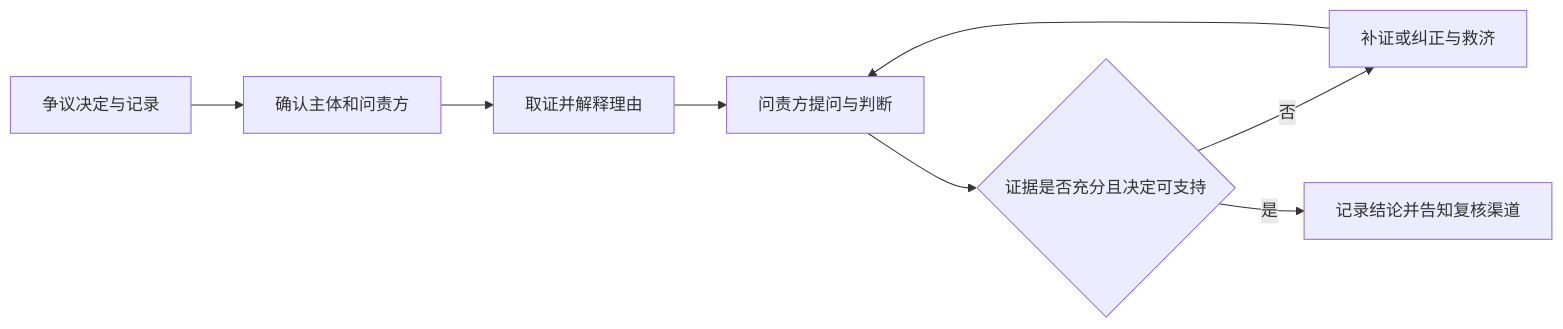
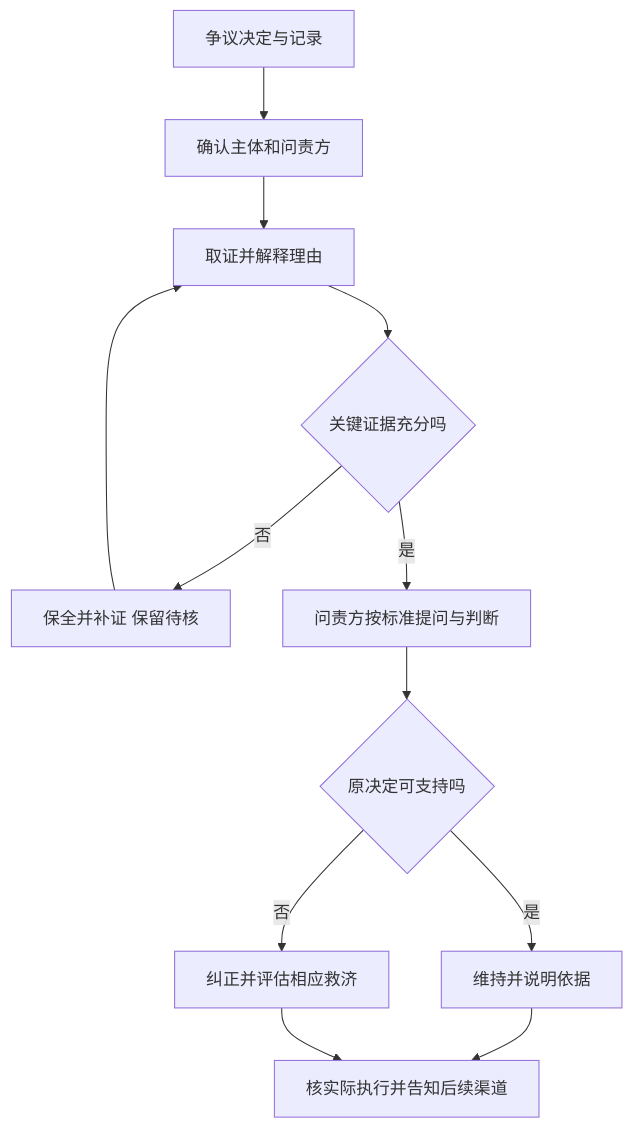
Before and after one commit to CercaTrovato/cityu-ai-course-notes: the first of 3 diagrams in IS5113_AI_Ethics_and_Regulations/notes/M05-AI问责-责任链治理与救济.md, drawn with Mermaid. The commit also changed other lines of this file and 65 other files, not shown here.

````diff
--- a/IS5113_AI_Ethics_and_Regulations/notes/M05-AI问责-责任链治理与救济.md
+++ b/IS5113_AI_Ethics_and_Regulations/notes/M05-AI问责-责任链治理与救济.md
@@ -314,10 +616,14 @@
 ```mermaid
-flowchart LR
+flowchart TD
  A[争议决定与记录] --> B[确认主体和问责方]
  B --> C[取证并解释理由]
- C --> D[问责方提问与判断]
- D --> E{证据是否充分且决定可支持}
- E -->|否| F[补证或纠正与救济]
- F --> D
- E -->|是| G[记录结论并告知复核渠道]
+ C --> D{关键证据充分吗}
+ D -->|否| P[保全并补证 保留待核]
+ P --> C
+ D -->|是| E[问责方按标准提问与判断]
+ E --> F{原决定可支持吗}
+ F -->|是| G[维持并说明依据]
+ F -->|否| H[纠正并评估相应救济]
+ G --> I[核实际执行并告知后续渠道]
+ H --> I
 ```
````
